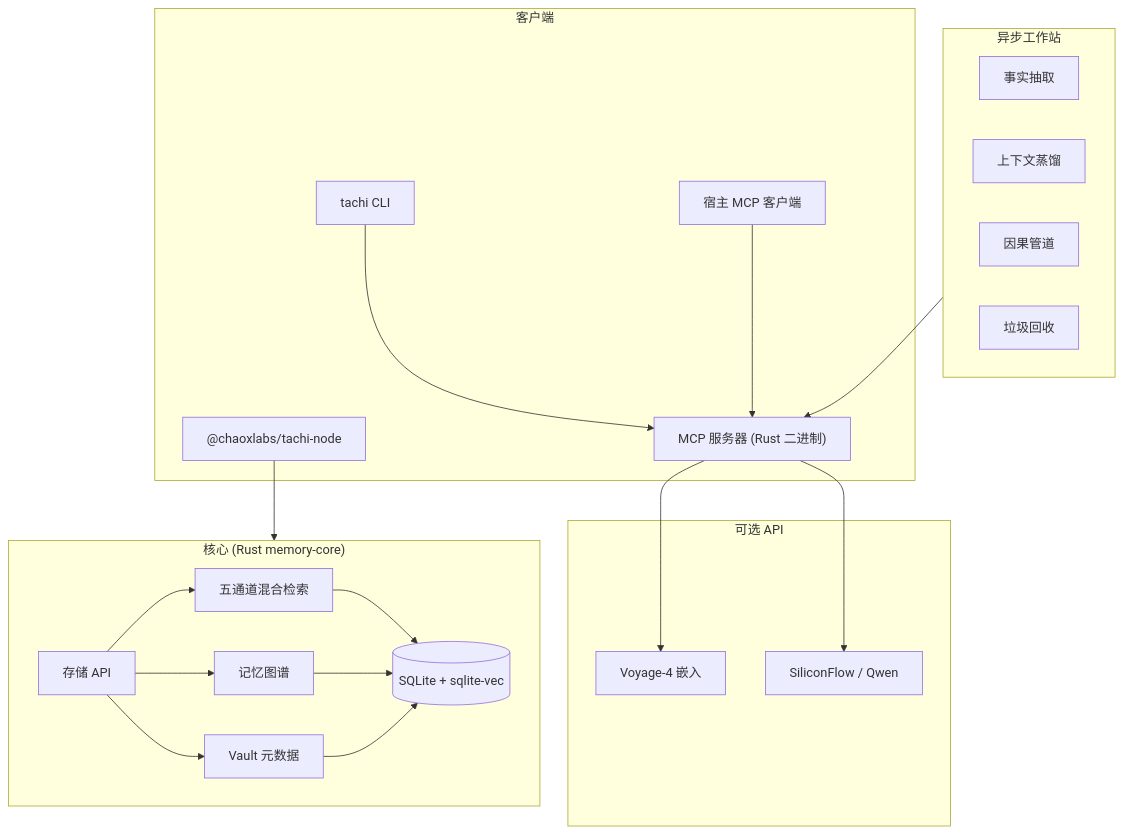
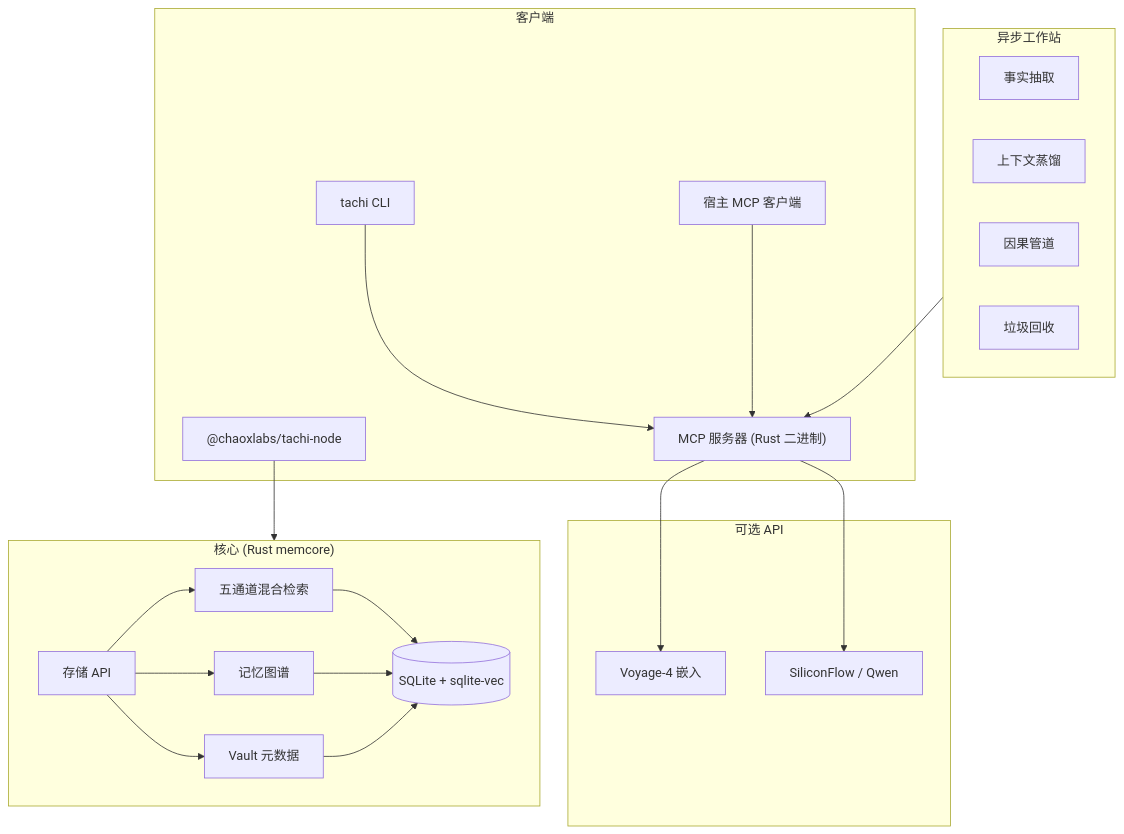
The diagram in README.zh-CN.md (kckylechen1/Tachi), drawn with Mermaid before and after one commit. The commit also changed other lines of this file and 1592 other files, not shown here.

````diff
--- a/README.zh-CN.md
+++ b/README.zh-CN.md
@@ -172,43 +172,43 @@
 ```mermaid
 graph TD
     subgraph Clients["客户端"]
         CLI["tachi CLI"]
         RMCP["MCP 服务器 (Rust 二进制)"]
         Node["@chaoxlabs/tachi-node"]
         Hosts["宿主 MCP 客户端"]
     end
 
     subgraph Cloud["可选 API"]
         VOYAGE["Voyage-4 嵌入"]
         SILICON["SiliconFlow / Qwen"]
     end
 
     subgraph Workers["异步工作站"]
         EXTRACT["事实抽取"]
         DISTILL["上下文蒸馏"]
         CAUSAL["因果管道"]
         GC["垃圾回收"]
     end
 
-    subgraph Core["核心 (Rust memory-core)"]
+    subgraph Core["核心 (Rust memcore)"]
         API["存储 API"]
         SEARCH["五通道混合检索"]
         GRAPH["记忆图谱"]
         VAULT["Vault 元数据"]
         API --> SEARCH
         API --> GRAPH
         API --> VAULT
         SEARCH --> DB
         GRAPH --> DB
         VAULT --> DB
     end
 
     DB[(SQLite + sqlite-vec)]
 
     RMCP --> VOYAGE
     RMCP --> SILICON
     CLI --> RMCP
     Hosts --> RMCP
     Node --> Core
     Workers --> RMCP
 ```
````
